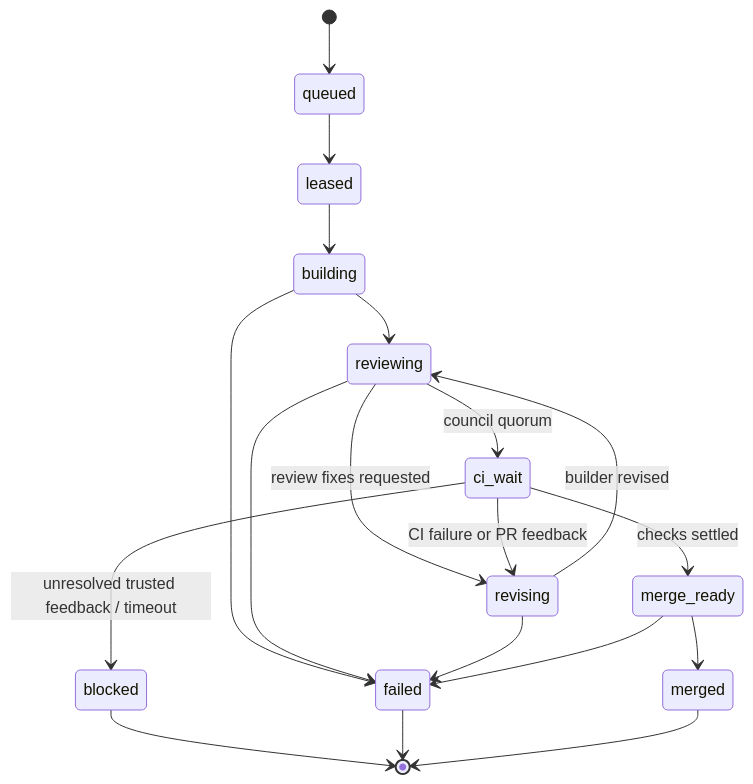
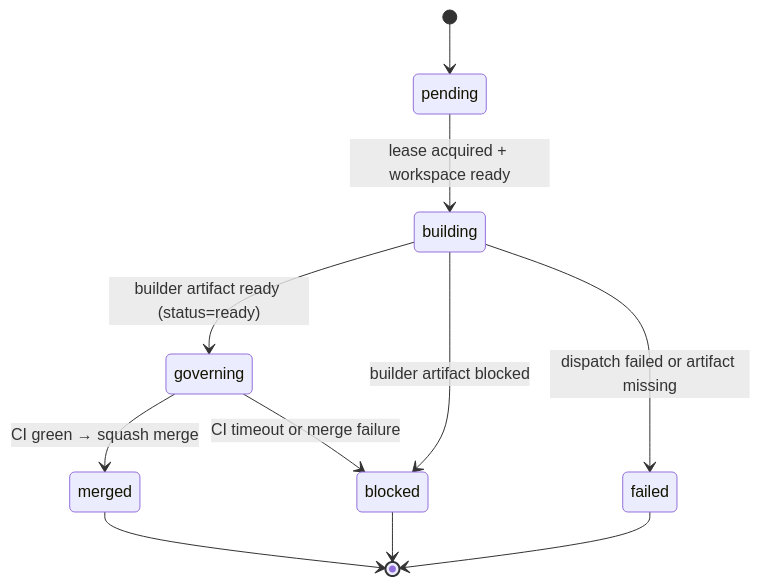
The third of 4 diagrams in docs/architecture/conductor.md (misty-step/bitterblossom), drawn with Mermaid before and after one commit. The commit also changed other lines of this file and 5 other files, not shown here.

First line of the commit message:
docs: update architecture artifact stack for Elixir conductor

````diff
--- a/docs/architecture/conductor.md
+++ b/docs/architecture/conductor.md
@@ -30,21 +51,13 @@
 ```mermaid
 stateDiagram-v2
-    [*] --> queued
-    queued --> leased
-    leased --> building
-    building --> reviewing
-    reviewing --> revising: review fixes requested
-    revising --> reviewing: builder revised
-    reviewing --> ci_wait: council quorum
-    ci_wait --> revising: CI failure or PR feedback
-    ci_wait --> blocked: unresolved trusted feedback / timeout
-    ci_wait --> merge_ready: checks settled
-    merge_ready --> merged
-    building --> failed
-    reviewing --> failed
-    revising --> failed
-    merge_ready --> failed
+    [*] --> pending
+    pending --> building: lease acquired + workspace ready
+    building --> governing: builder artifact ready (status=ready)
+    building --> blocked: builder artifact blocked
+    building --> failed: dispatch failed or artifact missing
+    governing --> merged: CI green → squash merge
+    governing --> blocked: CI timeout or merge failure
+    merged --> [*]
     blocked --> [*]
     failed --> [*]
-    merged --> [*]
 ```
````
